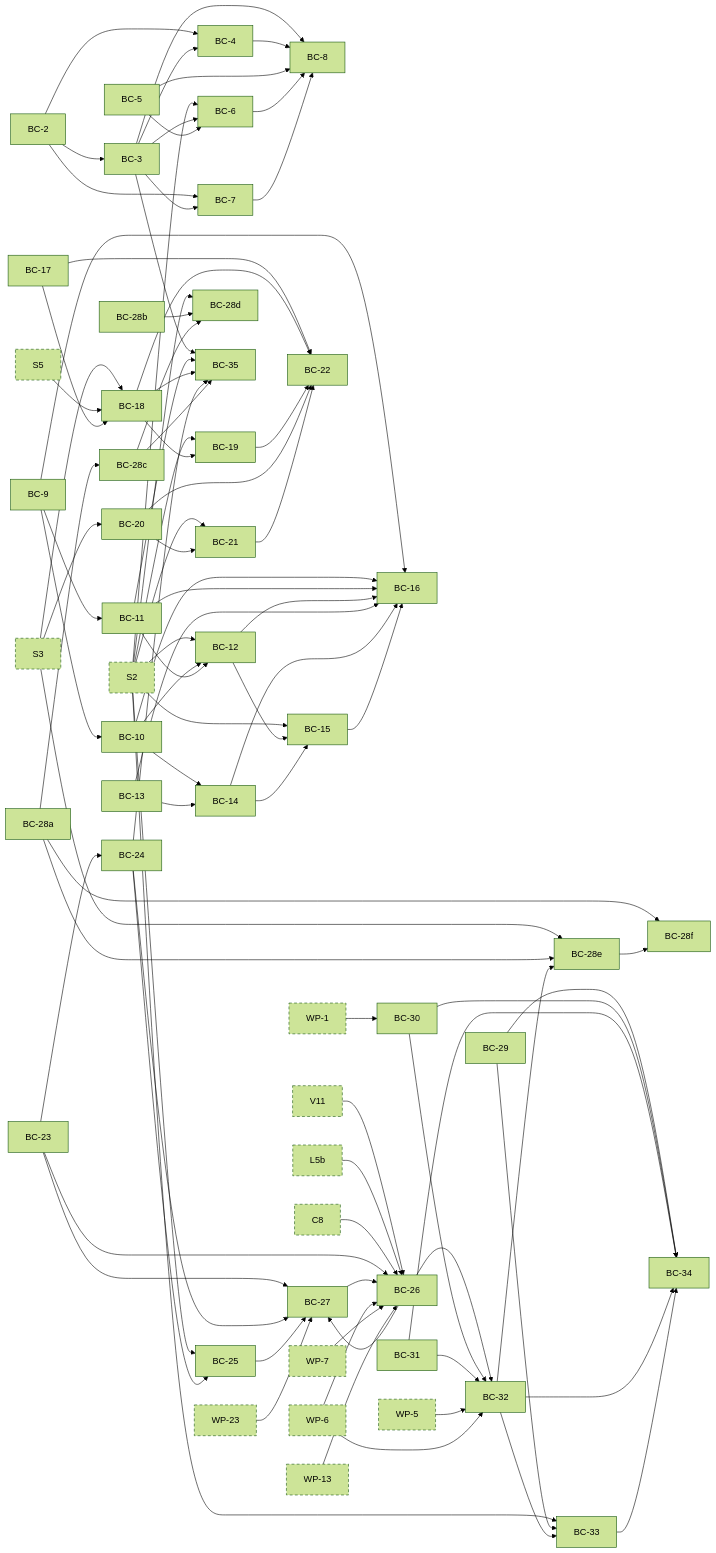
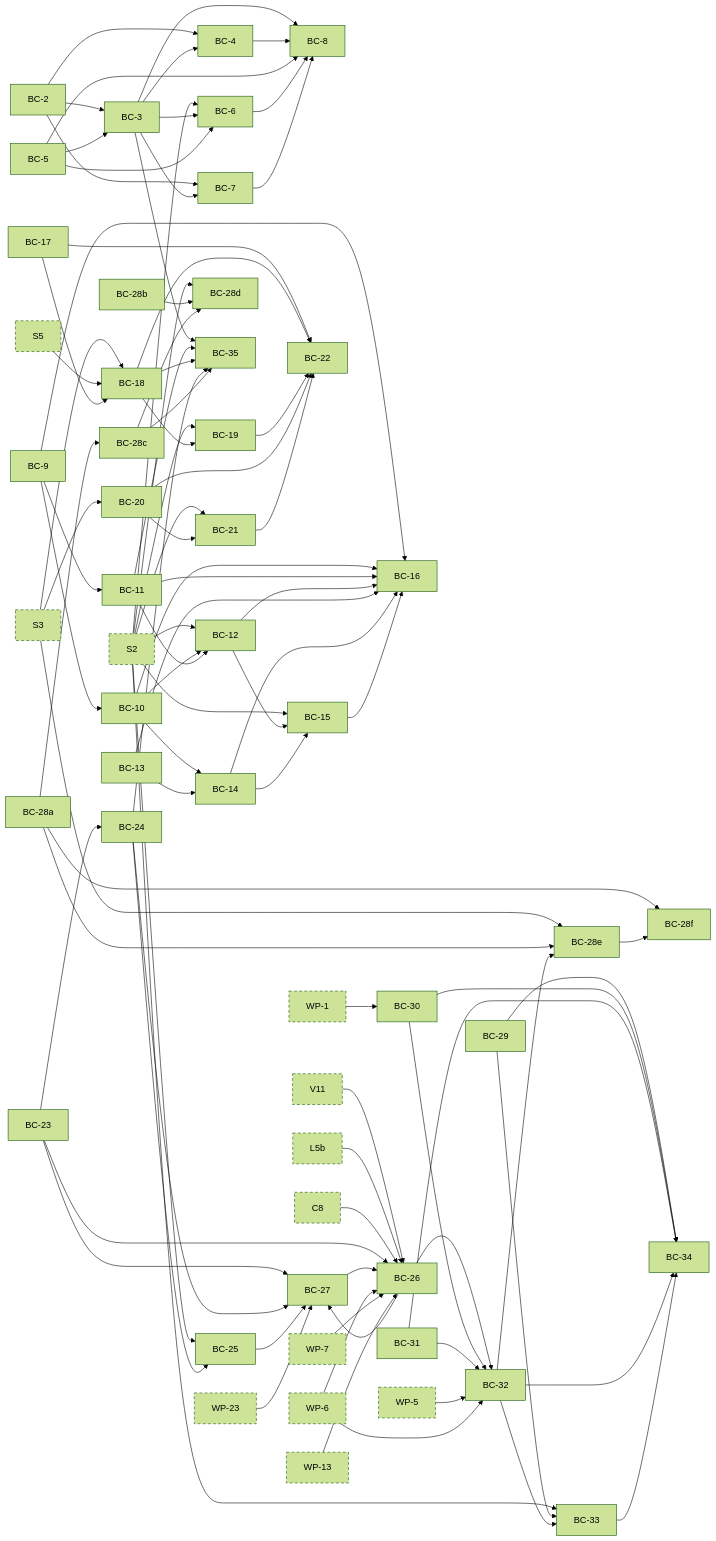
The seventh of 10 diagrams in docs/superpowers/plans/2026-10-13-phase-2/dependencies.md (jhoblitt/rgw-go), drawn with Mermaid (forest theme) before and after one commit. The commit also changed other lines of this file, not shown here.

First line of the commit message:
docs(plan): regenerate the phase 2 dependency graph for BC-3

```diff
--- a/docs/superpowers/plans/2026-10-13-phase-2/dependencies.md
+++ b/docs/superpowers/plans/2026-10-13-phase-2/dependencies.md
@@ -593,6 +593,7 @@
   t_WP_13["WP-13"]:::ext
   t_WP_23["WP-23"]:::ext
   t_BC_2 --> t_BC_3
+  t_BC_5 --> t_BC_3
   t_BC_2 --> t_BC_4
   t_BC_3 --> t_BC_4
   t_S2 --> t_BC_6
```
